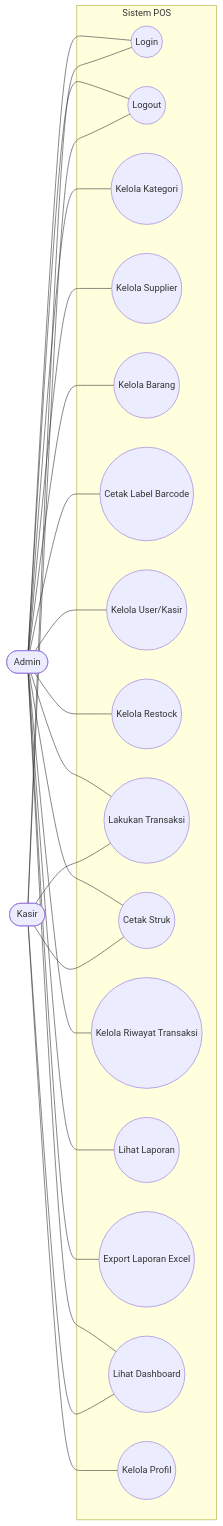
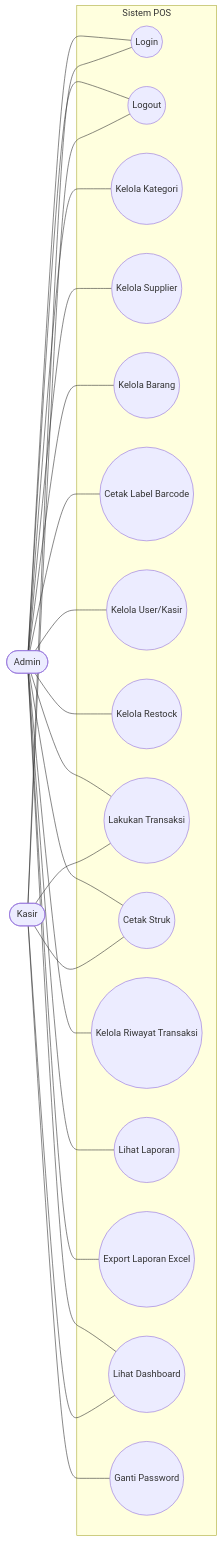
Before and after one commit to wiistore/fix-project: the first of 4 diagrams in docs/02-use-case.md, drawn with Mermaid. The commit also changed other lines of this file and 1 other file, not shown here.

First line of the commit message:
docs: fix profil kasir - hanya ganti password, tanpa edit username/email

````diff
--- a/docs/02-use-case.md
+++ b/docs/02-use-case.md
@@ -34,45 +34,45 @@
 ```mermaid
 flowchart LR
     Admin([Admin])
     Kasir([Kasir])
 
     subgraph SISTEM["Sistem POS"]
         UC1((Login))
         UC2((Logout))
         UC3((Kelola Kategori))
         UC4((Kelola Supplier))
         UC5((Kelola Barang))
         UC6((Cetak Label Barcode))
         UC7((Kelola User/Kasir))
         UC8((Kelola Restock))
         UC9((Lakukan Transaksi))
         UC10((Cetak Struk))
         UC11((Kelola Riwayat Transaksi))
         UC12((Lihat Laporan))
         UC13((Export Laporan Excel))
         UC14((Lihat Dashboard))
-        UC15((Kelola Profil))
+        UC15((Ganti Password))
     end
 
     Admin --- UC1
     Admin --- UC2
     Admin --- UC3
     Admin --- UC4
     Admin --- UC5
     Admin --- UC6
     Admin --- UC7
     Admin --- UC8
     Admin --- UC9
     Admin --- UC10
     Admin --- UC11
     Admin --- UC12
     Admin --- UC13
     Admin --- UC14
 
     Kasir --- UC1
     Kasir --- UC2
     Kasir --- UC9
     Kasir --- UC10
     Kasir --- UC14
     Kasir --- UC15
 ```
````
